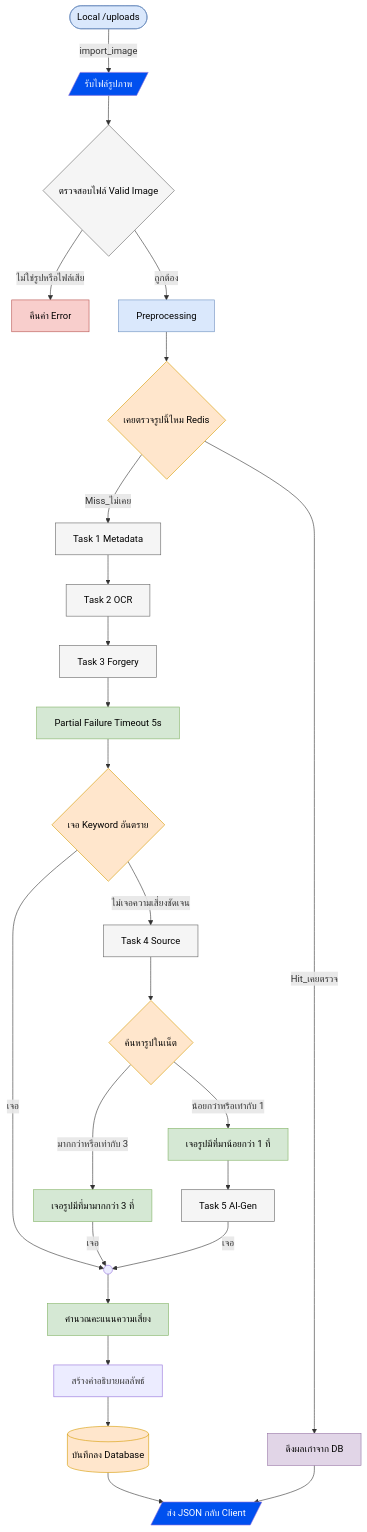
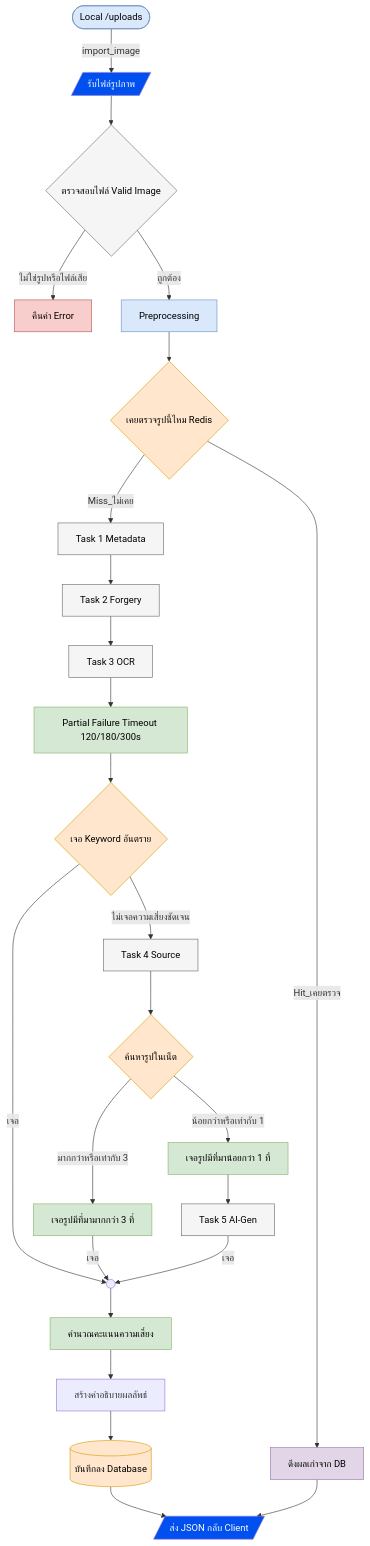
Before and after one commit to Panuwat-ta/project: the second of 2 diagrams in Document/Software Architecture/flowchart.md, drawn with Mermaid. The commit also changed other lines of this file and 5 other files, not shown here.

First line of the commit message:
Refactor flowchart tasks and error handling descriptions in architecture documentation

````diff
--- a/Document/Software Architecture/flowchart.md
+++ b/Document/Software Architecture/flowchart.md
@@ -63,67 +63,67 @@
 ```mermaid
 graph TD
     %% Source & Initial Validation
     S3([Local /uploads]) -- import_image --> Receive[/รับไฟล์รูปภาพ/]
     Receive --> NodeValidate{ตรวจสอบไฟล์ Valid Image}
     
     NodeValidate -- ไม่ใช่รูปหรือไฟล์เสีย --> Reject[คืนค่า Error]
     NodeValidate -- ถูกต้อง --> Preprocess[Preprocessing]
 
     %% Cache Mechanism
     Preprocess --> NodeCache{เคยตรวจรูปนี้ไหม Redis}
     NodeCache -- Hit_เคยตรวจ --> RetCache[ดึงผลเก่าจาก DB]
     
     %% Processing Tasks (ส่วนที่เป็นข้อความสีดำบนพื้นเทา)
     NodeCache -- Miss_ไม่เคย --> Task1[Task 1 Metadata]
-    Task1 --> Task2[Task 2 OCR]
-    Task2 --> Task3[Task 3 Forgery]
+    Task1 --> Task2[Task 2 Forgery]
+    Task2 --> Task3[Task 3 OCR]
     
     %% Error Handling & Logic Branching
-    Task3 --> PartialFail[Partial Failure Timeout 5s]
+    Task3 --> PartialFail[Partial Failure Timeout 120/180/300s]
     PartialFail --> NodeKeyword{เจอ Keyword อันตราย}
     
     NodeKeyword -- ไม่เจอความเสี่ยงชัดเจน --> Task4[Task 4 Source]
     Task4 --> NodeSearch{ค้นหารูปในเน็ต}
     
     NodeSearch -- มากกว่าหรือเท่ากับ 3 --> SourceHigh[เจอรูปมีที่มามากกว่า 3 ที่]
     NodeSearch -- น้อยกว่าหรือเท่ากับ 1 --> SourceLow[เจอรูปมีที่มาน้อยกว่า 1 ที่]
     
     SourceLow --> Task5[Task 5 AI-Gen]
     
     %% Aggregation Point (Collector)
     Collector(( ))
     NodeKeyword -- เจอ --> Collector
     SourceHigh -- เจอ --> Collector
     Task5 -- เจอ --> Collector
     
     %% Final Calculation & Storage
     Collector --> Calc[คำนวณคะแนนความเสี่ยง]
     Calc --> Gen[สร้างคำอธิบายผลลัพธ์]
     Gen --> DB[(บันทึกลง Database)]
     
     %% Output
     DB --> Output[/ส่ง JSON กลับ Client/]
     RetCache --> Output
 
     %% Styling (กำหนดสีข้อความเป็นสีดำด้วย color:#000)
     style S3 fill:#dae8fc,stroke:#6c8ebf,color:#000
     style Receive fill:#0050ef,color:#fff
     style NodeValidate fill:#f5f5f5,stroke:#666,color:#000
     style Reject fill:#f8cecc,stroke:#b85450,color:#000
     style Preprocess fill:#dae8fc,stroke:#6c8ebf,color:#000
     style NodeCache fill:#ffe6cc,stroke:#d79b00,color:#000
     style RetCache fill:#e1d5e7,stroke:#9673a6,color:#000
     style Task1 fill:#f5f5f5,stroke:#666,color:#000
     style Task2 fill:#f5f5f5,stroke:#666,color:#000
     style Task3 fill:#f5f5f5,stroke:#666,color:#000
     style Task4 fill:#f5f5f5,stroke:#666,color:#000
     style Task5 fill:#f5f5f5,stroke:#666,color:#000
     style PartialFail fill:#d5e8d4,stroke:#82b366,color:#000
     style NodeKeyword fill:#ffe6cc,stroke:#d79b00,color:#000
     style NodeSearch fill:#ffe6cc,stroke:#d79b00,color:#000
     style SourceHigh fill:#d5e8d4,stroke:#82b366,color:#000
     style SourceLow fill:#d5e8d4,stroke:#82b366,color:#000
     style Calc fill:#d5e8d4,stroke:#82b366,color:#000
     style DB fill:#ffe6cc,stroke:#d79b00,color:#000
     style Output fill:#0050ef,color:#fff
 ```
````
